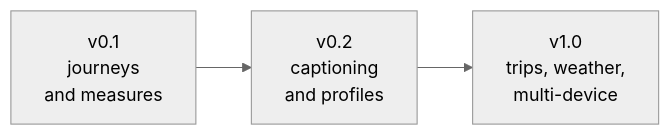
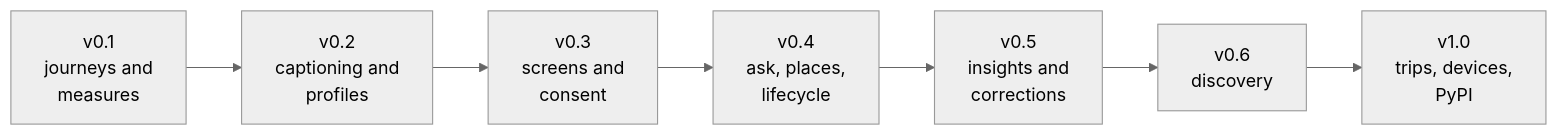
One commit to Nananananana/kiseki changed the fourth of 4 diagrams in README.md. Above: the diagram before and after it, drawn with Mermaid (neutral theme). The commit also changed other lines of this file and 5 other files, not shown here.

````diff
--- a/README.md
+++ b/README.md
@@ -198,5 +260,9 @@
 ```mermaid
 flowchart LR
-    V1["v0.1<br/>journeys<br/>and measures"] --> V2["v0.2<br/>captioning<br/>and profiles"]
-    V2 --> V3["v1.0<br/>trips, weather,<br/>multi-device"]
+    V1["v0.1<br/>journeys and<br/>measures"] --> V2["v0.2<br/>captioning and<br/>profiles"]
+    V2 --> V3["v0.3<br/>screens and<br/>consent"]
+    V3 --> V4["v0.4<br/>ask, places,<br/>lifecycle"]
+    V4 --> V5["v0.5<br/>insights and<br/>corrections"]
+    V5 --> V6["v0.6<br/>discovery"]
+    V6 --> V10["v1.0<br/>trips, devices,<br/>PyPI"]
 ```
````
